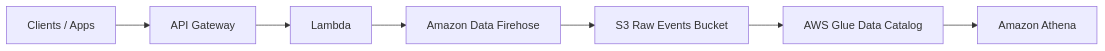
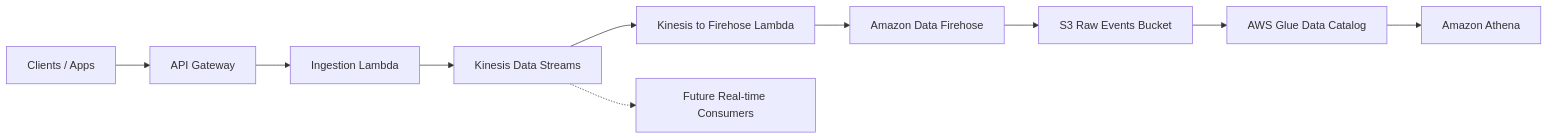
The first of 2 diagrams in docs/event-collector-service/README.md (nitinsharma74/floci-aws-setup), drawn with Mermaid before and after one commit. The commit also changed other lines of this file and 7 other files, not shown here.

````diff
--- a/docs/event-collector-service/README.md
+++ b/docs/event-collector-service/README.md
@@ -11,9 +11,13 @@
 ```mermaid
 flowchart LR
     A[Clients / Apps] --> B[API Gateway]
-    B --> C[Lambda]
-    C --> D[Amazon Data Firehose]
-    D --> E[S3 Raw Events Bucket]
-    E --> F[AWS Glue Data Catalog]
-    F --> G[Amazon Athena]
+    B --> C[Ingestion Lambda]
+    C --> D[Kinesis Data Streams]
+    D --> E[Kinesis to Firehose Lambda]
+    E --> F[Amazon Data Firehose]
+    F --> G[S3 Raw Events Bucket]
+    G --> H[AWS Glue Data Catalog]
+    H --> I[Amazon Athena]
+
+    D -.-> J[Future Real-time Consumers]
 ```
````
